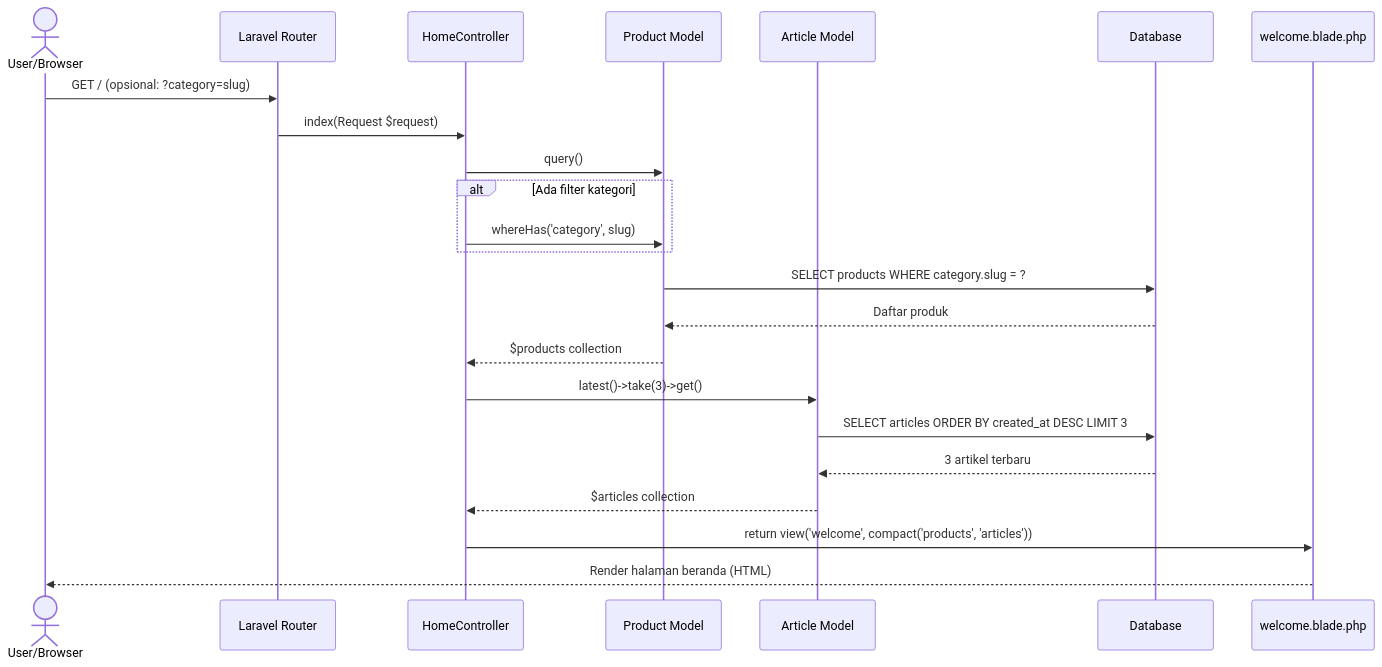
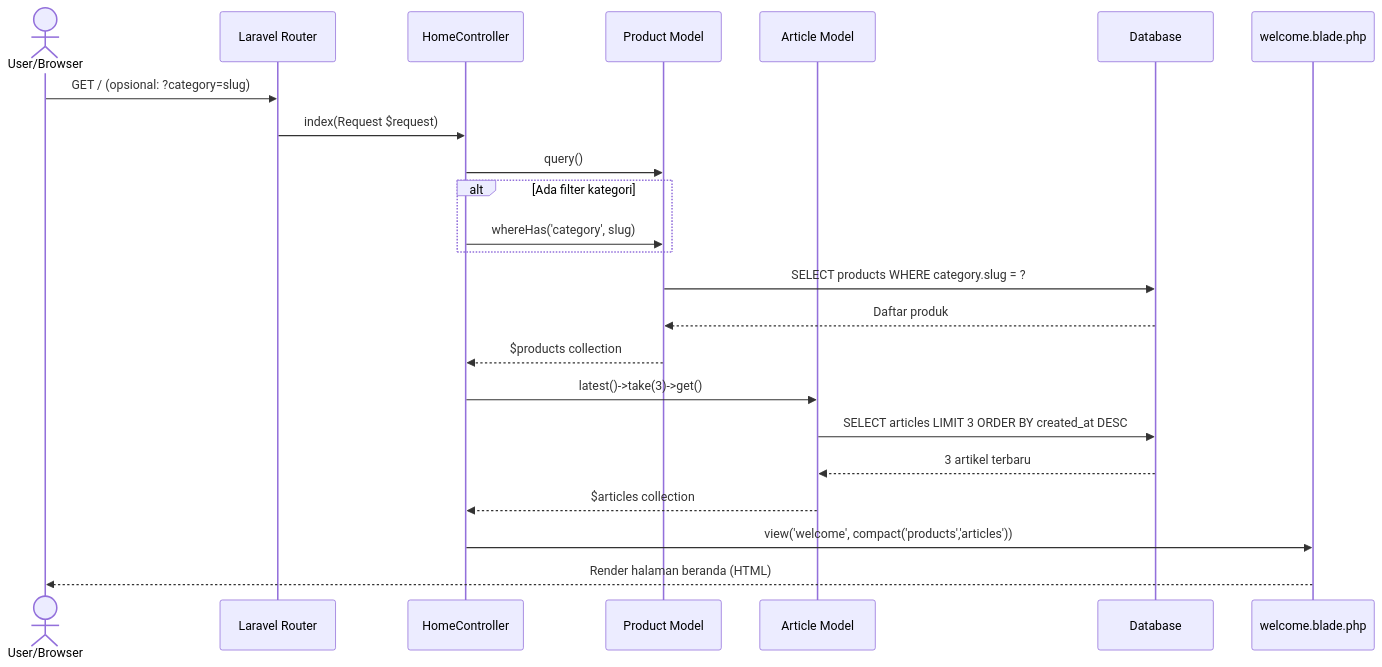
Before and after one commit to mustarisyahding07-spec/WEBSITE_SKRIPSI_MUSTARI: the first of 17 diagrams in docs/SEQUENCE_DIAGRAM_DOKUMENTASI.md, drawn with Mermaid. The commit also changed other lines of this file, not shown here.

Commit message:
docs: perbarui penjelasan sequence diagram ke format paragraf akademik

````diff
--- a/docs/SEQUENCE_DIAGRAM_DOKUMENTASI.md
+++ b/docs/SEQUENCE_DIAGRAM_DOKUMENTASI.md
@@ -48,29 +43,26 @@
 ```mermaid
 sequenceDiagram
     actor User as User/Browser
     participant Router as Laravel Router
     participant HC as HomeController
     participant ProductM as Product Model
     participant ArticleM as Article Model
     participant DB as Database
     participant View as welcome.blade.php
 
     User->>Router: GET / (opsional: ?category=slug)
     Router->>HC: index(Request $request)
-
     HC->>ProductM: query()
     alt Ada filter kategori
         HC->>ProductM: whereHas('category', slug)
     end
     ProductM->>DB: SELECT products WHERE category.slug = ?
     DB-->>ProductM: Daftar produk
     ProductM-->>HC: $products collection
-
     HC->>ArticleM: latest()->take(3)->get()
-    ArticleM->>DB: SELECT articles ORDER BY created_at DESC LIMIT 3
+    ArticleM->>DB: SELECT articles LIMIT 3 ORDER BY created_at DESC
     DB-->>ArticleM: 3 artikel terbaru
     ArticleM-->>HC: $articles collection
-
-    HC->>View: return view('welcome', compact('products', 'articles'))
+    HC->>View: view('welcome', compact('products','articles'))
     View-->>User: Render halaman beranda (HTML)
 ```
````
